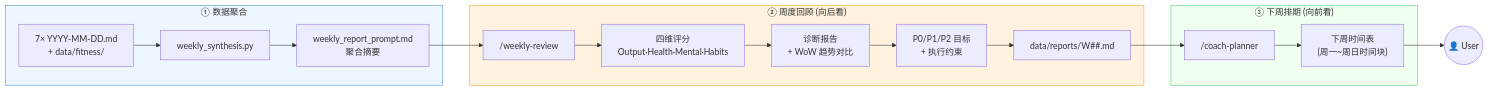
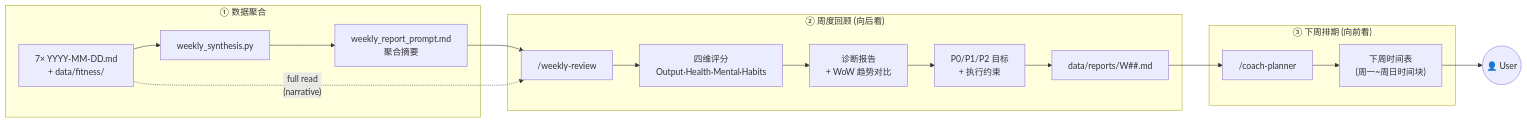
Before and after one commit to KelvinYou/personal-os: the third of 7 diagrams in architecture.md, drawn with Mermaid. The commit also changed other lines of this file, not shown here.

First line of the commit message:
docs(architecture): add preamble, library layer, and invariants sections

````diff
--- a/architecture.md
+++ b/architecture.md
@@ -106,26 +113,23 @@
 ```mermaid
 graph LR
     subgraph Collect ["① 数据聚合"]
         D["7× YYYY-MM-DD.md\n+ data/fitness/"] --> WS["weekly_synthesis.py"]
         WS --> PROMPT["weekly_report_prompt.md\n聚合摘要"]
     end
 
     subgraph Review ["② 周度回顾 (向后看)"]
         PROMPT --> WR["/weekly-review"]
         WR --> SCORE["四维评分\nOutput·Health·Mental·Habits"]
         SCORE --> DIAG["诊断报告\n+ WoW 趋势对比"]
         DIAG --> OBJ["P0/P1/P2 目标\n+ 执行约束"]
         OBJ --> RPT["data/reports/W##.md"]
     end
 
     subgraph Plan ["③ 下周排期 (向前看)"]
         RPT --> CP["/coach-planner"]
         CP --> TT["下周时间表\n(周一~周日时间块)"]
     end
 
+    D -. "full read\n(narrative)" .-> WR
     TT --> User((👤 User))
-
-    style Collect fill:#EEF6FF,stroke:#4A90D9
-    style Review fill:#FFF3E0,stroke:#F5A623
-    style Plan fill:#F0FFF0,stroke:#50C878
 ```
````
